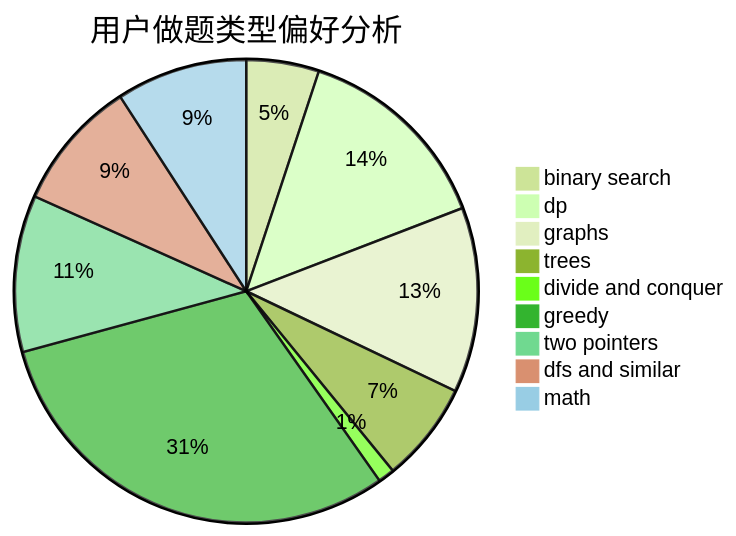
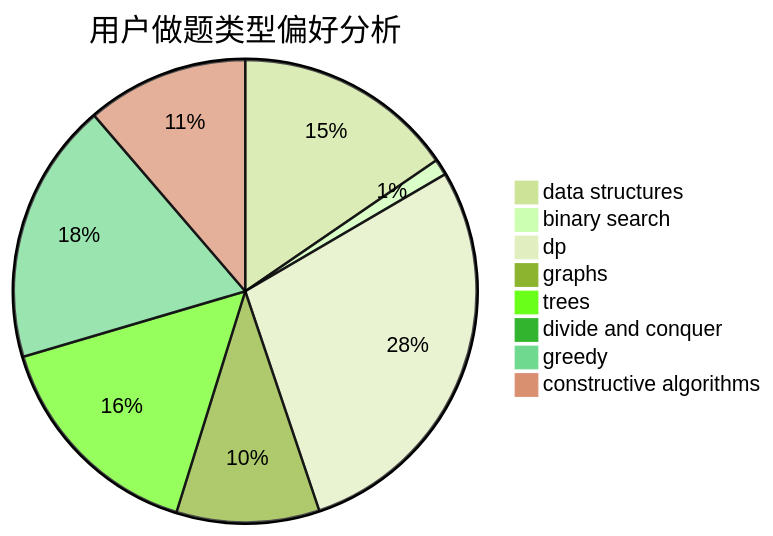
One commit to sherpahu/cfrs.github.io changed the second of 3 diagrams in docs/user/u795.md. Above: the diagram before and after it, drawn with Mermaid (forest theme). The commit also changed other lines of this file and 2775 other files, not shown here.

````diff
--- a/docs/user/u795.md
+++ b/docs/user/u795.md
@@ -23,12 +23,11 @@
 ```mermaid
 pie title 用户做题类型偏好分析
-    "binary search" :  71
-    "dp" :  197
-    "graphs" :  181
-    "trees" :  98
-    "divide and conquer" :  16
-    "greedy" :  427
-    "two pointers" :  153
-    "dfs and similar" :  128
-    "math" :  128
+    "data structures" :  82
+    "binary search" :  6
+    "dp" :  150
+    "graphs" :  53
+    "trees" :  83
+    "divide and conquer" :  0
+    "greedy" :  97
+    "constructive algorithms" :  60
 ```
````
